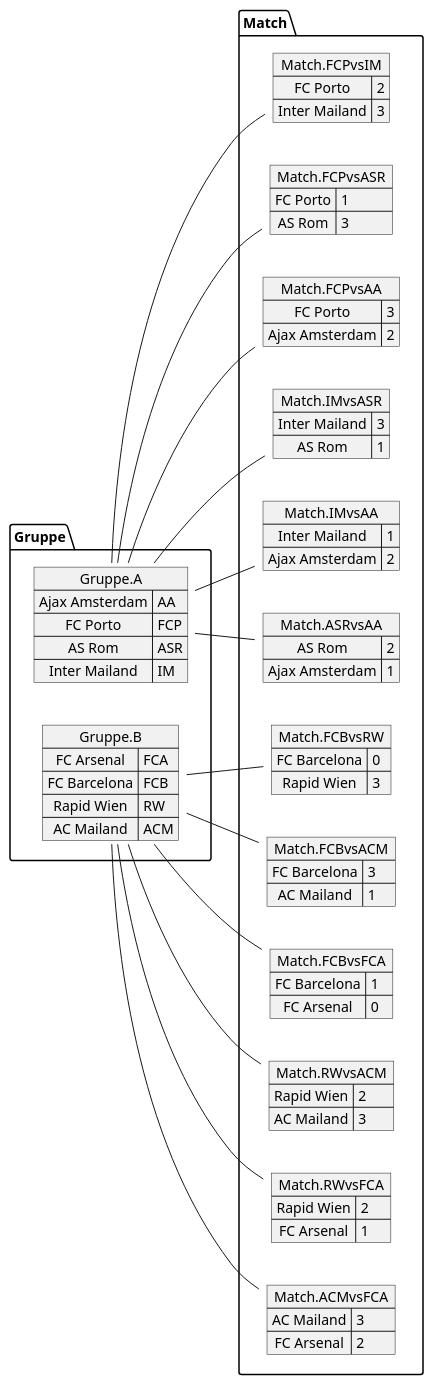
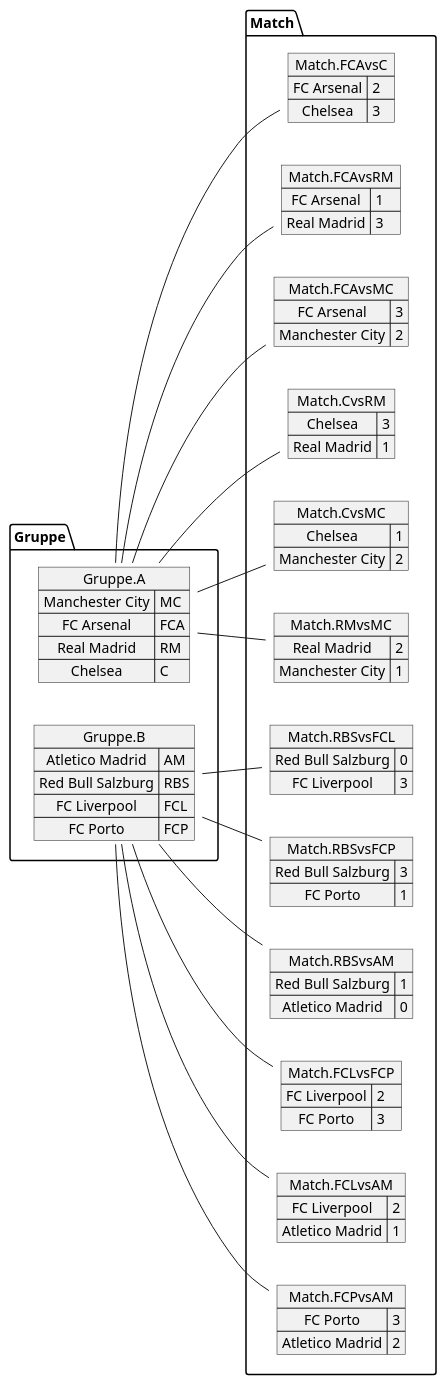
Before and after one commit to htl-leonding-project/2022-4ahif-autohaus: the diagram in asciidocs/plantuml/ResultGP.puml, drawn with PlantUML. The commit also changed 2 other files, not shown here.

```diff
--- a/asciidocs/plantuml/ResultGP.puml
+++ b/asciidocs/plantuml/ResultGP.puml
@@ -1,88 +1,88 @@
 @startuml TestGPTournament2.png
 left to right direction
 
 map Gruppe.A {
-Ajax Amsterdam=>AA
-FC Porto=>FCP
-AS Rom=>ASR
-Inter Mailand=>IM
+Manchester City=>MC
+FC Arsenal=>FCA
+Real Madrid=>RM
+Chelsea=>C
 }
 
 map Gruppe.B {
-FC Arsenal=>FCA
-FC Barcelona=>FCB
-Rapid Wien=>RW
-AC Mailand=>ACM
+Atletico Madrid=>AM
+Red Bull Salzburg=>RBS
+FC Liverpool=>FCL
+FC Porto=>FCP
 }
-map Match.FCPvsIM {
-FC Porto => 2
-Inter Mailand => 3
+map Match.FCAvsC {
+FC Arsenal => 2
+Chelsea => 3
 }
 
-map Match.FCPvsASR {
-FC Porto => 1
-AS Rom => 3
+map Match.FCAvsRM {
+FC Arsenal => 1
+Real Madrid => 3
 }
 
-map Match.FCPvsAA {
-FC Porto => 3
-Ajax Amsterdam => 2
+map Match.FCAvsMC {
+FC Arsenal => 3
+Manchester City => 2
 }
 
-map Match.IMvsASR {
-Inter Mailand => 3
-AS Rom => 1
+map Match.CvsRM {
+Chelsea => 3
+Real Madrid => 1
 }
 
-map Match.IMvsAA {
-Inter Mailand => 1
-Ajax Amsterdam => 2
+map Match.CvsMC {
+Chelsea => 1
+Manchester City => 2
 }
 
-map Match.ASRvsAA {
-AS Rom => 2
-Ajax Amsterdam => 1
+map Match.RMvsMC {
+Real Madrid => 2
+Manchester City => 1
 }
-map Match.FCBvsRW {
-FC Barcelona => 0
-Rapid Wien => 3
+map Match.RBSvsFCL {
+Red Bull Salzburg => 0
+FC Liverpool => 3
 }
 
-map Match.FCBvsACM {
-FC Barcelona => 3
-AC Mailand => 1
+map Match.RBSvsFCP {
+Red Bull Salzburg => 3
+FC Porto => 1
 }
 
-map Match.FCBvsFCA {
-FC Barcelona => 1
-FC Arsenal => 0
+map Match.RBSvsAM {
+Red Bull Salzburg => 1
+Atletico Madrid => 0
 }
 
-map Match.RWvsACM {
-Rapid Wien => 2
-AC Mailand => 3
+map Match.FCLvsFCP {
+FC Liverpool => 2
+FC Porto => 3
 }
 
-map Match.RWvsFCA {
-Rapid Wien => 2
-FC Arsenal => 1
+map Match.FCLvsAM {
+FC Liverpool => 2
+Atletico Madrid => 1
 }
 
-map Match.ACMvsFCA {
-AC Mailand => 3
-FC Arsenal => 2
+map Match.FCPvsAM {
+FC Porto => 3
+Atletico Madrid => 2
 }
-Gruppe.A -- Match.FCPvsIM
-Gruppe.A -- Match.FCPvsASR
-Gruppe.A -- Match.FCPvsAA
-Gruppe.A -- Match.IMvsASR
-Gruppe.A -- Match.IMvsAA
-Gruppe.A -- Match.ASRvsAA
-Gruppe.B -- Match.FCBvsRW
-Gruppe.B -- Match.FCBvsACM
-Gruppe.B -- Match.FCBvsFCA
-Gruppe.B -- Match.RWvsACM
-Gruppe.B -- Match.RWvsFCA
-Gruppe.B -- Match.ACMvsFCA
+Gruppe.A -- Match.FCAvsC
+Gruppe.A -- Match.FCAvsRM
+Gruppe.A -- Match.FCAvsMC
+Gruppe.A -- Match.CvsRM
+Gruppe.A -- Match.CvsMC
+Gruppe.A -- Match.RMvsMC
+Gruppe.B -- Match.RBSvsFCL
+Gruppe.B -- Match.RBSvsFCP
+Gruppe.B -- Match.RBSvsAM
+Gruppe.B -- Match.FCLvsFCP
+Gruppe.B -- Match.FCLvsAM
+Gruppe.B -- Match.FCPvsAM
 
 @enduml
```
